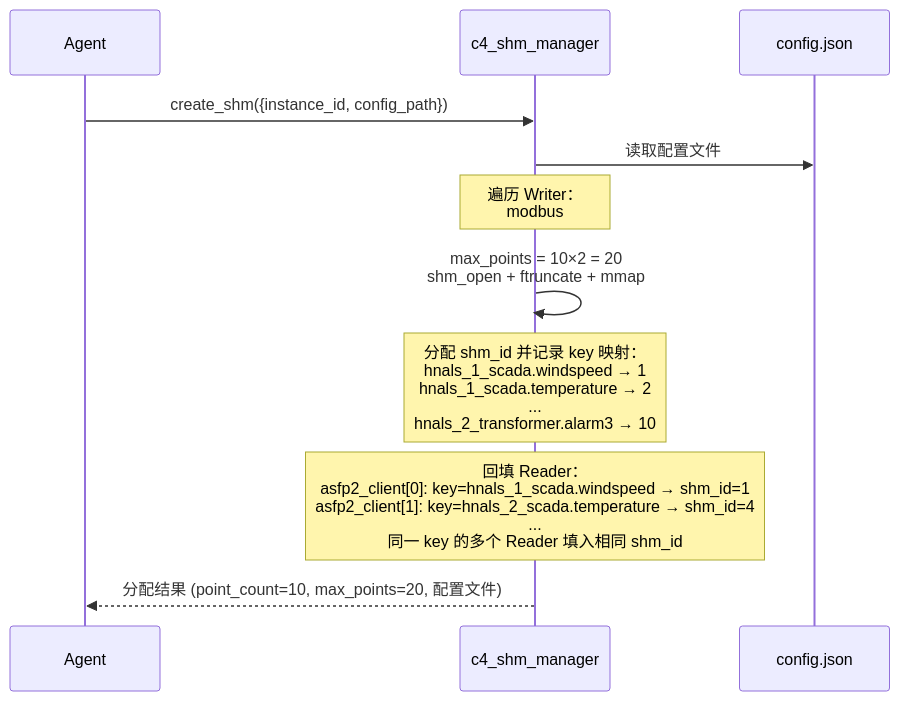
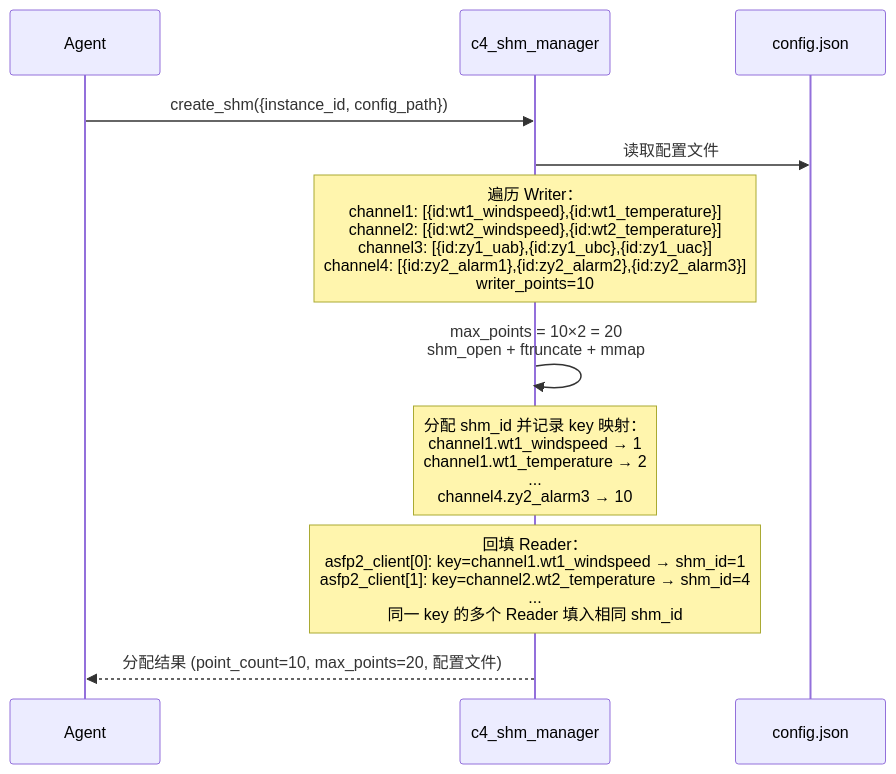
One commit to activesys/c4 changed the fourth of 9 diagrams in docs/design/c4_shm_manager.md. Above: the diagram before and after it, drawn with Mermaid. The commit also changed other lines of this file and 43 other files, not shown here.

First line of the commit message:
feat(agent,mcp,docs,packaging): 命名体系重构——channel{N} 句柄 + 设备身份注册表 + 点 key 无条件前缀（v2.1.0）

````diff
--- a/docs/design/c4_shm_manager.md
+++ b/docs/design/c4_shm_manager.md
@@ -552,18 +552,18 @@
 ```mermaid
 sequenceDiagram
     participant A as Agent
     participant S as c4_shm_manager
     participant CFG as config.json
 
     A->>S: create_shm({instance_id, config_path})
 
     S->>CFG: 读取配置文件
-    Note over S: 遍历 Writer：<br/>modbus#1: [{id:windspeed},{id:temperature}]<br/>modbus#2: [{id:windspeed},{id:temperature}]<br/>iec104#1: [{id:uab},{id:ubc},{id:uac}]<br/>iec104#2: [{id:alarm1},{id:alarm2},{id:alarm3}]<br/>writer_points=10
+    Note over S: 遍历 Writer：<br/>channel1: [{id:wt1_windspeed},{id:wt1_temperature}]<br/>channel2: [{id:wt2_windspeed},{id:wt2_temperature}]<br/>channel3: [{id:zy1_uab},{id:zy1_ubc},{id:zy1_uac}]<br/>channel4: [{id:zy2_alarm1},{id:zy2_alarm2},{id:zy2_alarm3}]<br/>writer_points=10
 
     S->>S: max_points = 10×2 = 20<br/>shm_open + ftruncate + mmap
-    Note over S: 分配 shm_id 并记录 key 映射：<br/>hnals_1_scada.windspeed → 1<br/>hnals_1_scada.temperature → 2<br/>...<br/>hnals_2_transformer.alarm3 → 10
+    Note over S: 分配 shm_id 并记录 key 映射：<br/>channel1.wt1_windspeed → 1<br/>channel1.wt1_temperature → 2<br/>...<br/>channel4.zy2_alarm3 → 10
 
-    Note over S: 回填 Reader：<br/>asfp2_client[0]: key=hnals_1_scada.windspeed → shm_id=1<br/>asfp2_client[1]: key=hnals_2_scada.temperature → shm_id=4<br/>...<br/>同一 key 的多个 Reader 填入相同 shm_id
+    Note over S: 回填 Reader：<br/>asfp2_client[0]: key=channel1.wt1_windspeed → shm_id=1<br/>asfp2_client[1]: key=channel2.wt2_temperature → shm_id=4<br/>...<br/>同一 key 的多个 Reader 填入相同 shm_id
 
     S-->>A: 分配结果 (point_count=10, max_points=20, 配置文件)
 ```
````
